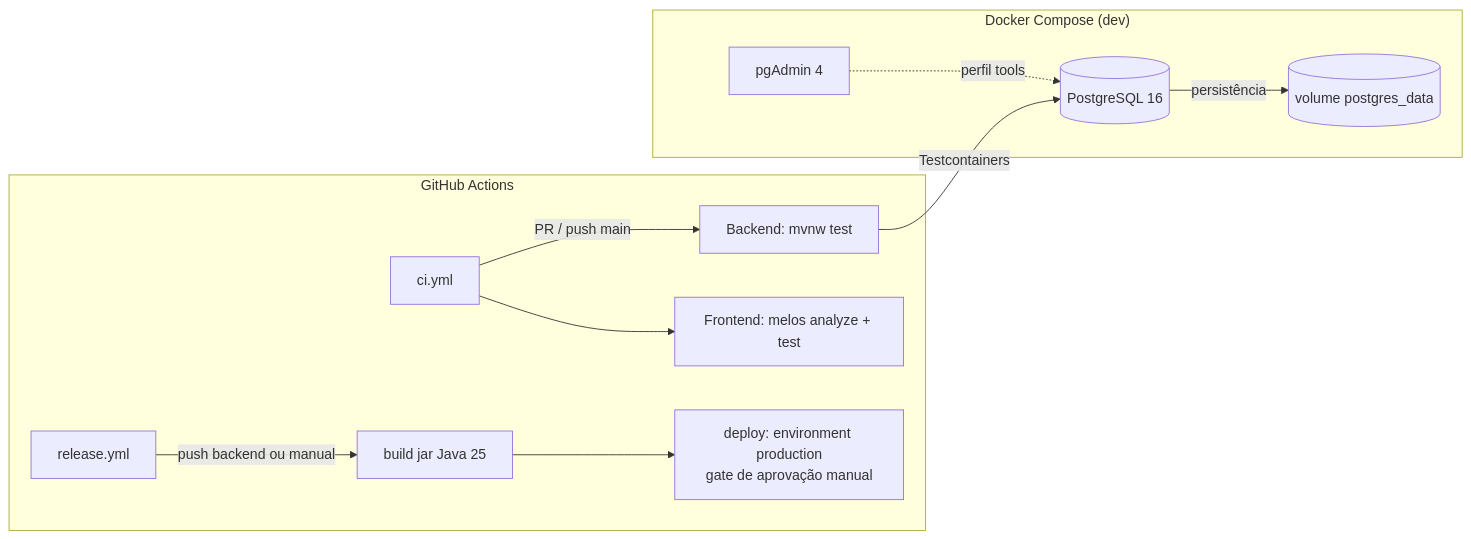
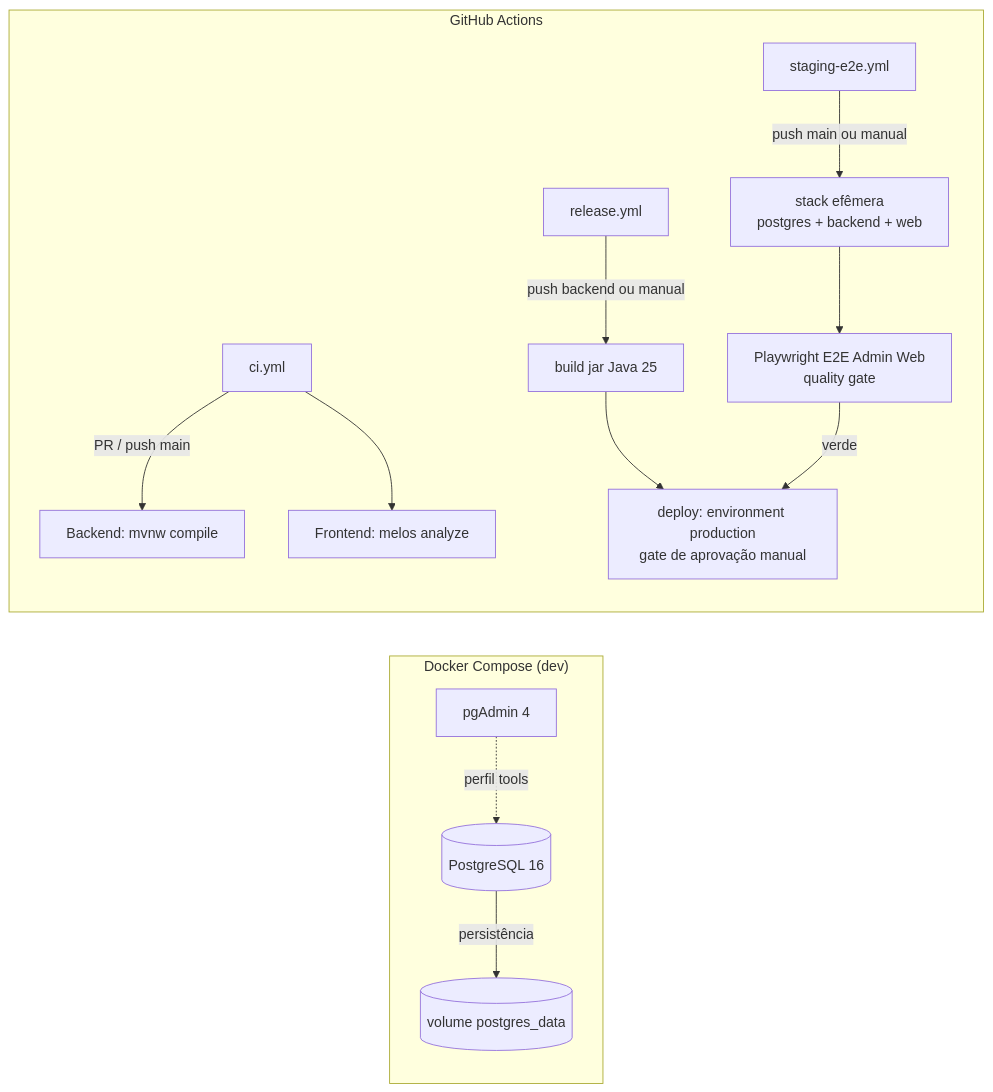
Before and after one commit to cesargranelli/flag-platform: the second of 2 diagrams in docs/architecture/components.md, drawn with Mermaid. The commit also changed other lines of this file and 132 other files, not shown here.

First line of the commit message:
feat(#203): conferências e divisões (backend #204 + frontend #205) + qualidade via E2E (#207)

````diff
--- a/docs/architecture/components.md
+++ b/docs/architecture/components.md
@@ -131,16 +131,18 @@
 ```mermaid
 flowchart LR
     subgraph "Docker Compose (dev)"
         PG[("PostgreSQL 16")] -->|persistência| VOL[(volume postgres_data)]
         PGADMIN[pgAdmin 4] -.perfil tools.-> PG
     end
 
     subgraph "GitHub Actions"
-        CI[ci.yml] -->|PR / push main| B[Backend: mvnw test]
-        CI --> F[Frontend: melos analyze + test]
+        CI[ci.yml] -->|PR / push main| B[Backend: mvnw compile]
+        CI --> F[Frontend: melos analyze]
+        E2E[staging-e2e.yml] -->|push main ou manual| STG[stack efêmera<br/>postgres + backend + web]
+        STG --> PW[Playwright E2E Admin Web<br/>quality gate]
         REL[release.yml] -->|push backend ou manual| BLD[build jar Java 25]
         BLD --> DEP[deploy: environment production<br/>gate de aprovação manual]
     end
 
-    B -->|Testcontainers| PG
+    PW -->|verde| DEP
 ```
````
